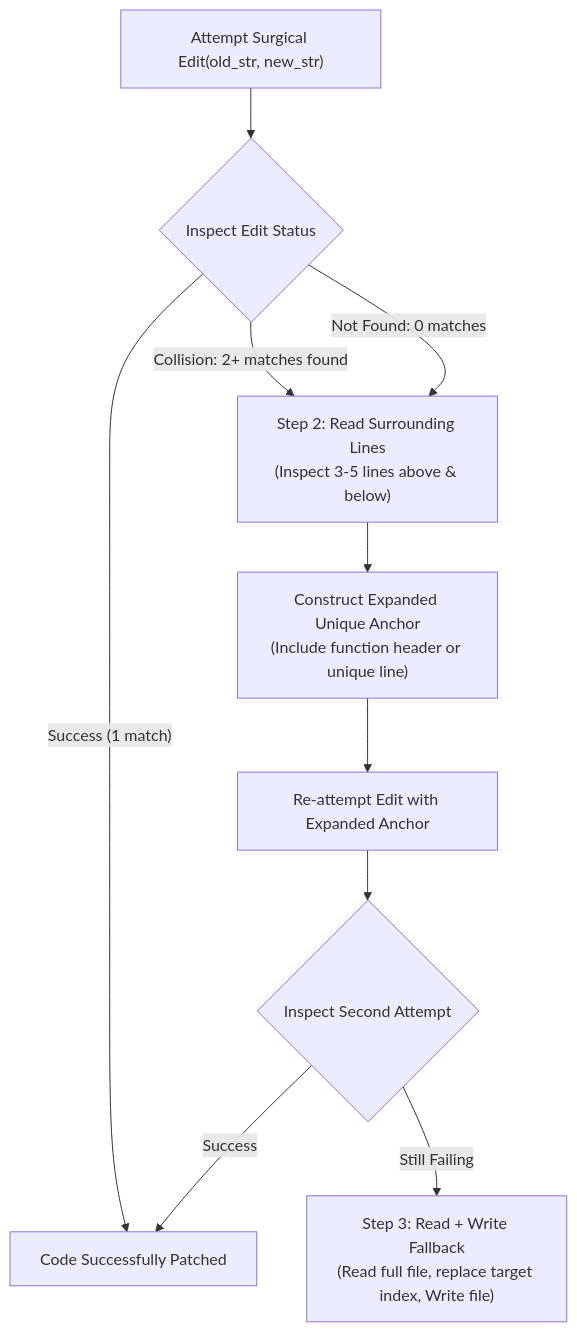
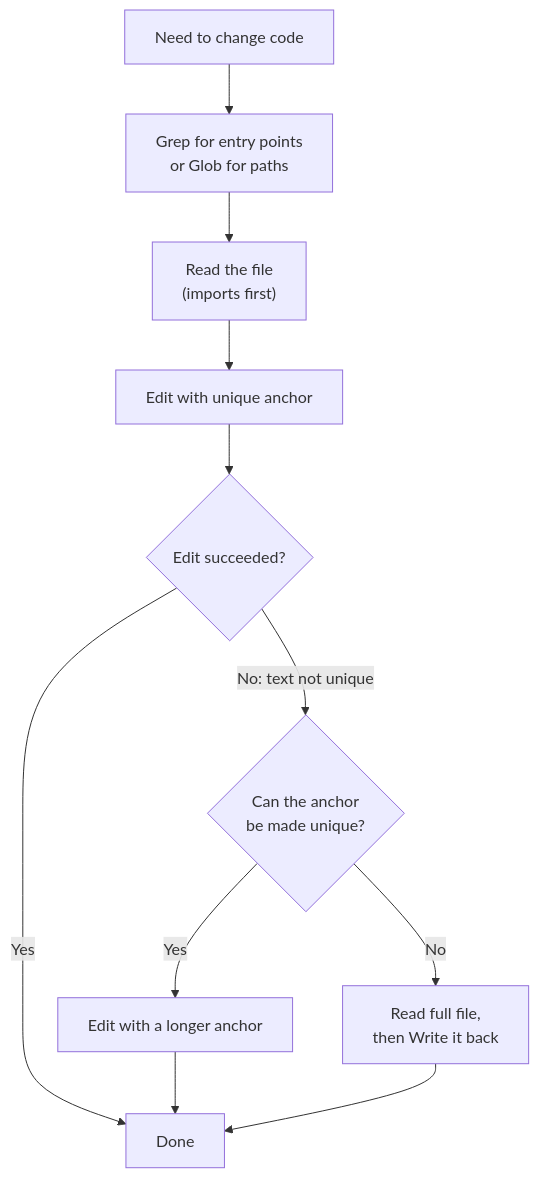
Before and after one commit to dip4k/claude_cert_architect_foundation_prep: the diagram in domain2/ts_2_5_builtin_tools_usage/README.md, drawn with Mermaid. The commit also changed other lines of this file and 133 other files, not shown here.

````diff
--- a/domain2/ts_2_5_builtin_tools_usage/README.md
+++ b/domain2/ts_2_5_builtin_tools_usage/README.md
@@ -60,16 +72,13 @@
 ```mermaid
 flowchart TD
-    Start["Attempt Surgical Edit(old_str, new_str)"] --> CheckStatus{"Inspect Edit Status"}
-    
-    CheckStatus -->|"Success (1 match)"| Done["Code Successfully Patched"]
-    
-    CheckStatus -->|"Collision: 2+ matches found"| ReadContext["Step 2: Read Surrounding Lines<br>(Inspect 3-5 lines above & below)"]
-    CheckStatus -->|"Not Found: 0 matches"| ReadContext
-    
-    ReadContext --> ExpandAnchor["Construct Expanded Unique Anchor<br>(Include function header or unique line)"]
-    ExpandAnchor --> ReattemptEdit["Re-attempt Edit with Expanded Anchor"]
-    
-    ReattemptEdit --> CheckStatus2{"Inspect Second Attempt"}
-    CheckStatus2 -->|"Success"| Done
-    CheckStatus2 -->|"Still Failing"| FallbackWrite["Step 3: Read + Write Fallback<br>(Read full file, replace target index, Write file)"]
+    Start["Need to change code"] --> Find["Grep for entry points<br>or Glob for paths"]
+    Find --> Read["Read the file<br>(imports first)"]
+    Read --> Edit["Edit with unique anchor"]
+    Edit --> Ok{"Edit succeeded?"}
+    Ok -->|"Yes"| Done["Done"]
+    Ok -->|"No: text not unique"| Choose{"Can the anchor<br>be made unique?"}
+    Choose -->|"Yes"| Expand["Edit with a longer anchor"]
+    Choose -->|"No"| RW["Read full file,<br>then Write it back"]
+    Expand --> Done
+    RW --> Done
 ```
````
